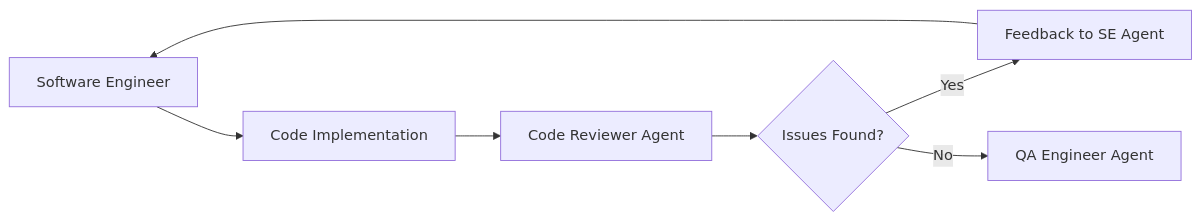
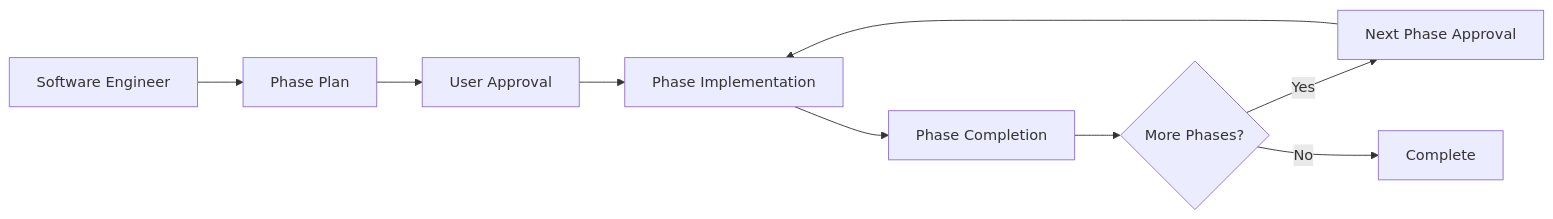
The third of 4 diagrams in README.md (jnhaffey/AI-Agent-Project-Instruction-Generator), drawn with Mermaid before and after one commit. The commit also changed other lines of this file and 5 other files, not shown here.

````diff
--- a/README.md
+++ b/README.md
@@ -230,9 +271,11 @@
 ```mermaid
 graph LR
-    A[Software Engineer] --> B[Code Implementation]
-    B --> C[Code Reviewer Agent]
-    C --> D{Issues Found?}
-    D -->|Yes| E[Feedback to SE Agent]
-    D -->|No| F[QA Engineer Agent]
-    E --> A
+    A[Software Engineer] --> B[Phase Plan]
+    B --> C[User Approval]
+    C --> D[Phase Implementation]
+    D --> E[Phase Completion]
+    E --> F{More Phases?}
+    F -->|Yes| G[Next Phase Approval]
+    F -->|No| H[Complete]
+    G --> D
 ```
````
